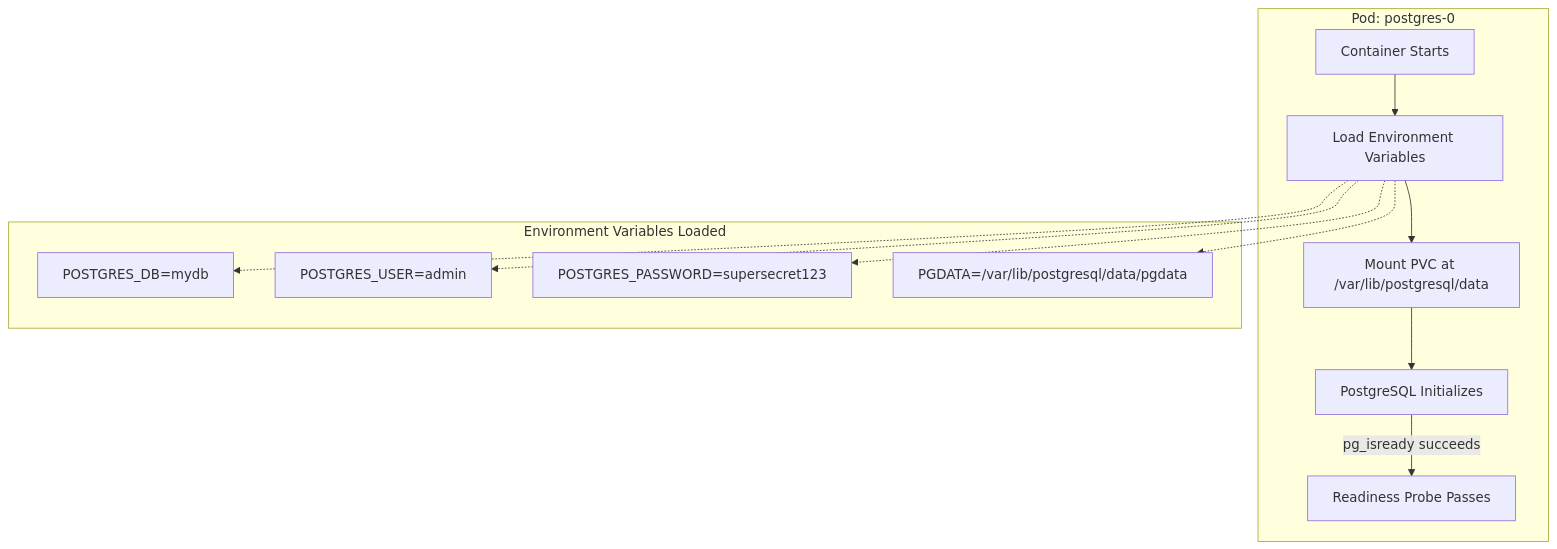
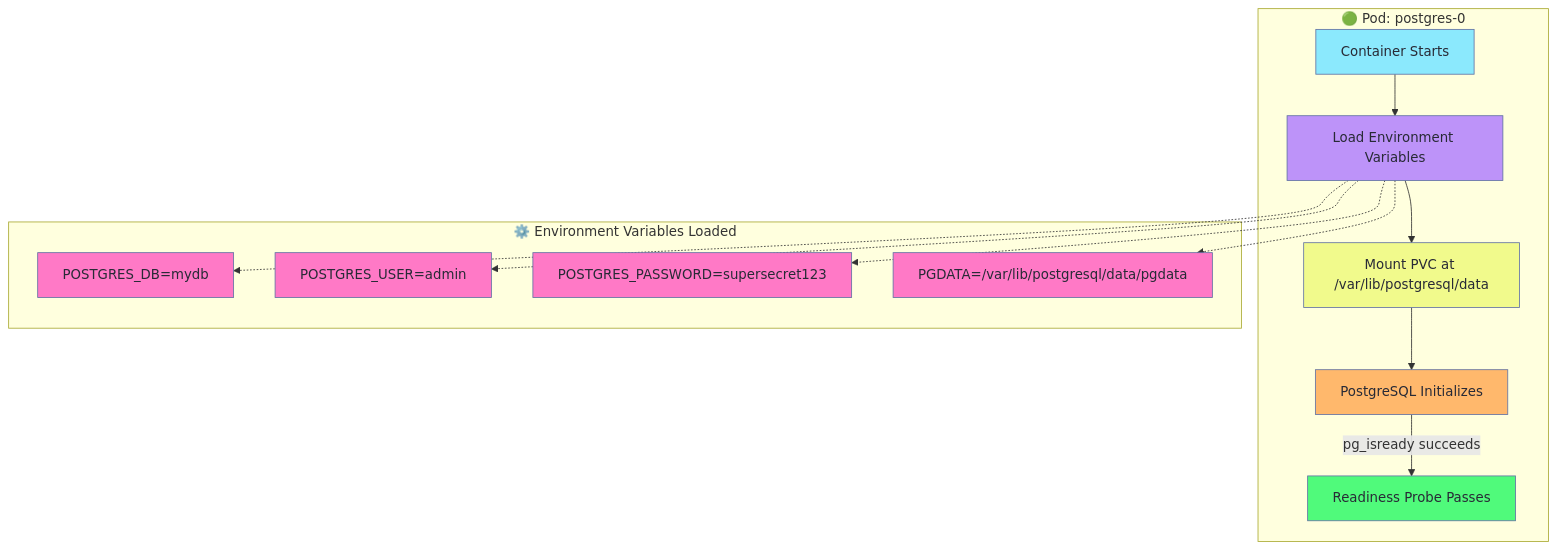
The fifth of 17 diagrams in Workload_and_Application_Management/statefulset-postgresql-explained.md (selvakumarperumal/k8s_minikube_learn), drawn with Mermaid before and after one commit. The commit also changed other lines of this file, not shown here.

Commit message:
Apply Dracula theme colors to all diagrams for consistent visibility in dark mode

````diff
--- a/Workload_and_Application_Management/statefulset-postgresql-explained.md
+++ b/Workload_and_Application_Management/statefulset-postgresql-explained.md
@@ -122,27 +141,37 @@
 ```mermaid
 flowchart TD
-    subgraph "Pod: postgres-0"
+    subgraph POD["🟢 Pod: postgres-0"]
         INIT[Container Starts]
         ENV[Load Environment Variables]
         MOUNT[Mount PVC at /var/lib/postgresql/data]
         PG_START[PostgreSQL Initializes]
         READY[Readiness Probe Passes]
     end
     
     INIT --> ENV
     ENV --> MOUNT
     MOUNT --> PG_START
     PG_START -->|pg_isready succeeds| READY
     
-    subgraph "Environment Variables Loaded"
+    subgraph ENVS["⚙️ Environment Variables Loaded"]
         E1[POSTGRES_DB=mydb]
         E2[POSTGRES_USER=admin]
         E3[POSTGRES_PASSWORD=supersecret123]
         E4[PGDATA=/var/lib/postgresql/data/pgdata]
     end
     
     ENV -.-> E1
     ENV -.-> E2
     ENV -.-> E3
     ENV -.-> E4
+    
+    style INIT fill:#8be9fd,stroke:#6272a4,color:#282a36
+    style ENV fill:#bd93f9,stroke:#6272a4,color:#282a36
+    style MOUNT fill:#f1fa8c,stroke:#6272a4,color:#282a36
+    style PG_START fill:#ffb86c,stroke:#6272a4,color:#282a36
+    style READY fill:#50fa7b,stroke:#6272a4,color:#282a36
+    style E1 fill:#ff79c6,stroke:#6272a4,color:#282a36
+    style E2 fill:#ff79c6,stroke:#6272a4,color:#282a36
+    style E3 fill:#ff79c6,stroke:#6272a4,color:#282a36
+    style E4 fill:#ff79c6,stroke:#6272a4,color:#282a36
 ```
````
